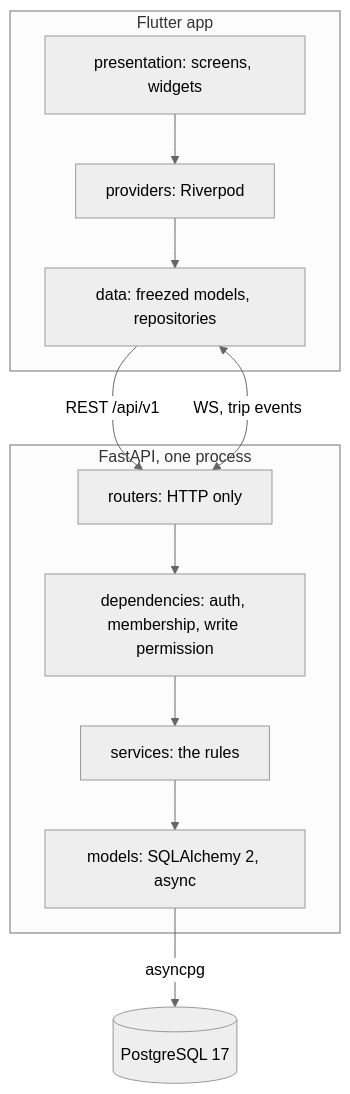
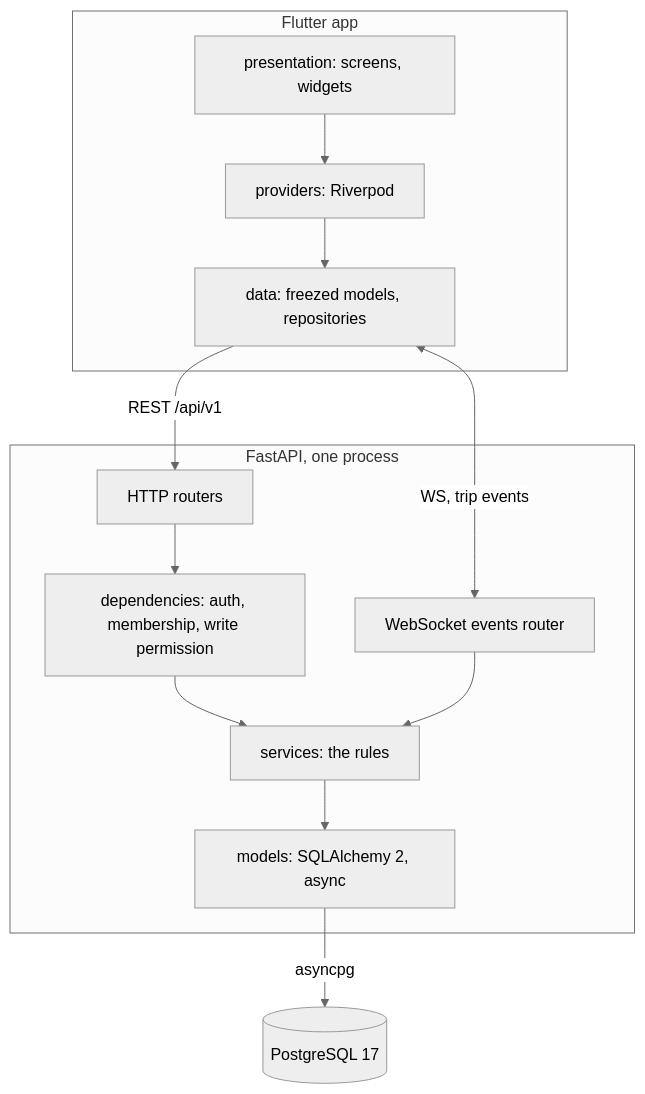
One commit to ghiacciolodev/ToDoTrip changed the diagram in README.md. Above: the diagram before and after it, drawn with Mermaid (neutral theme). The commit also changed other lines of this file and 4 other files, not shown here.

````diff
--- a/README.md
+++ b/README.md
@@ -65,26 +65,28 @@
 ```mermaid
 flowchart TD
     subgraph app["Flutter app"]
         p["presentation: screens, widgets"]
         st["providers: Riverpod"]
         da["data: freezed models, repositories"]
         p --> st
         st --> da
     end
 
     subgraph api["FastAPI, one process"]
-        rt["routers: HTTP only"]
+        rt["HTTP routers"]
+        wr["WebSocket events router"]
         dp["dependencies: auth, membership, write permission"]
         sv["services: the rules"]
         md["models: SQLAlchemy 2, async"]
         rt --> dp
         dp --> sv
+        wr --> sv
         sv --> md
     end
 
     db[("PostgreSQL 17")]
 
     da -->|"REST /api/v1"| rt
-    da <-->|"WS, trip events"| rt
+    da <-->|"WS, trip events"| wr
     md -->|asyncpg| db
 ```
````
